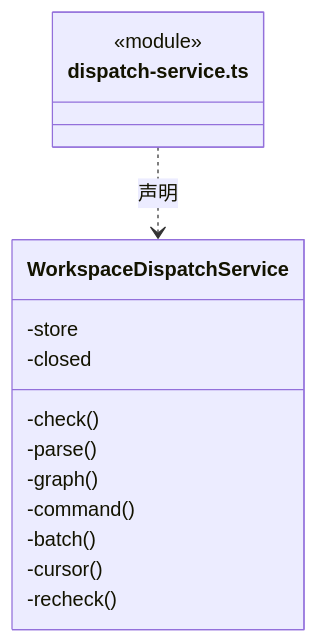
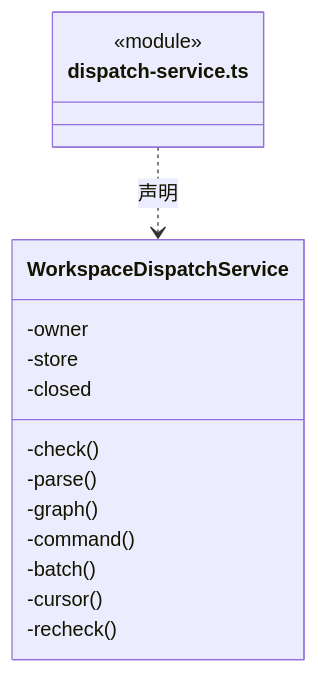
Before and after one commit to nan023062/cbim: the fifth of 29 diagrams in src/backend/scheduler-engine/execution/ARCHITECTURE.md, drawn with Mermaid. The commit also changed other lines of this file and 60 other files, not shown here.

````diff
--- a/src/backend/scheduler-engine/execution/ARCHITECTURE.md
+++ b/src/backend/scheduler-engine/execution/ARCHITECTURE.md
@@ -171,18 +175,19 @@
 ```mermaid
 classDiagram
 class N_src_backend_scheduler_engine_execution_dispatch_service_ts["dispatch-service.ts"] {
   <<module>>
 }
 class N_src_backend_scheduler_engine_execution_dispatch_service_ts_WorkspaceDispatchService["WorkspaceDispatchService"] {
+  -owner
   -store
   -closed
   -check()
   -parse()
   -graph()
   -command()
   -batch()
   -cursor()
   -recheck()
 }
 N_src_backend_scheduler_engine_execution_dispatch_service_ts ..> N_src_backend_scheduler_engine_execution_dispatch_service_ts_WorkspaceDispatchService : 声明
 ```
````
